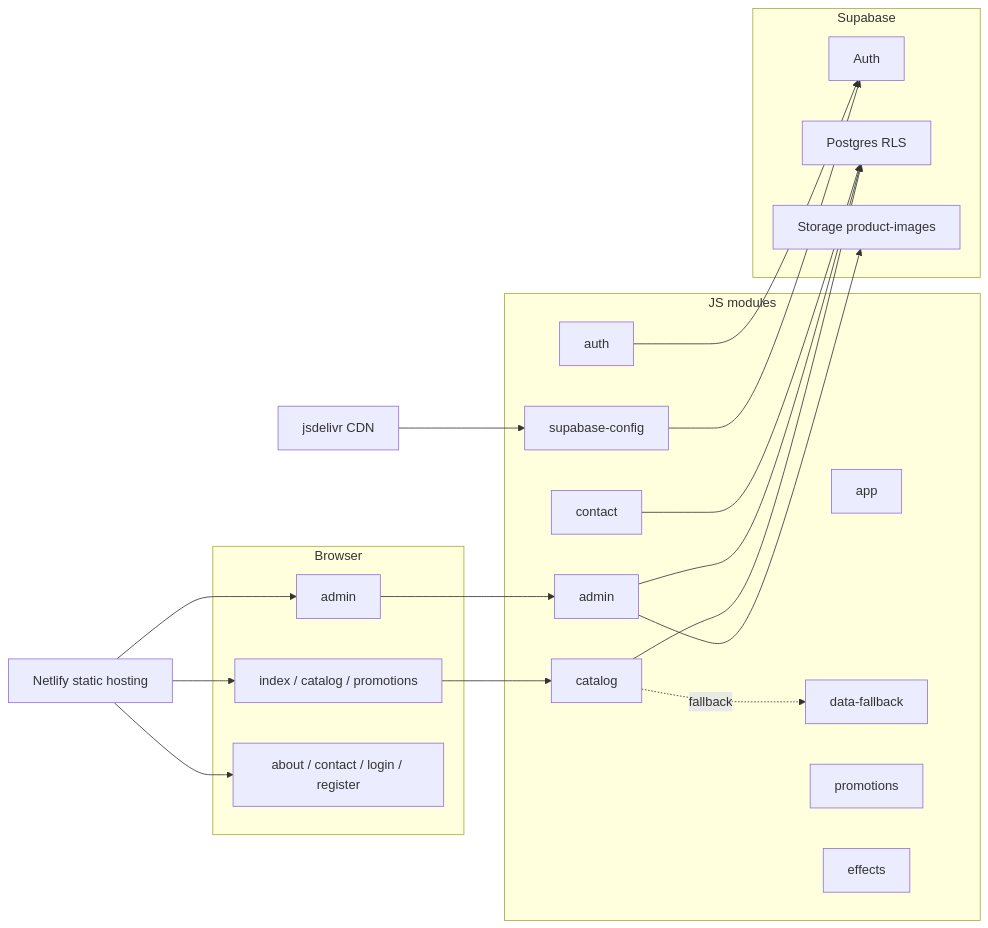
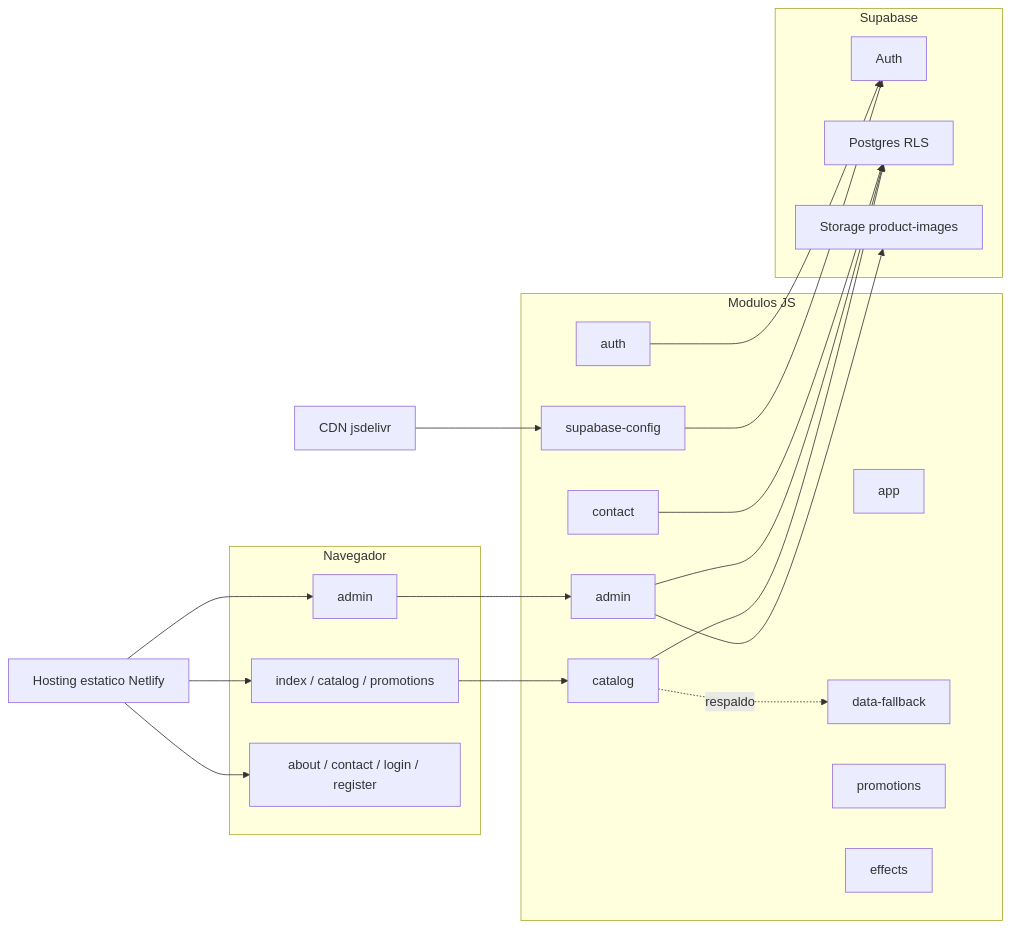
One commit to lacp130688-cpu/lasolutions-website changed the fourth of 7 diagrams in docs/diagrams.md. Above: the diagram before and after it, drawn with Mermaid. The commit also changed other lines of this file, not shown here.

First line of the commit message:
docs: diagramas de arquitectura en espanol

````diff
--- a/docs/diagrams.md
+++ b/docs/diagrams.md
@@ -116,43 +116,43 @@
 ```mermaid
 flowchart LR
-  subgraph Browser[Browser]
+  subgraph Navegador[Navegador]
     A[index / catalog / promotions]
     B[admin]
     C[about / contact / login / register]
   end
 
-  subgraph JS[JS modules]
+  subgraph JS[Modulos JS]
     D[supabase-config]
     E[app]
     F[auth]
     G[catalog]
     H[data-fallback]
     I[promotions]
     J[contact]
     K[admin]
     L[effects]
   end
 
   subgraph Supabase[Supabase]
     M[Auth]
     N[Postgres RLS]
     O[Storage product-images]
   end
 
-  P[Netlify static hosting]
-  Q[jsdelivr CDN]
+  P[Hosting estatico Netlify]
+  Q[CDN jsdelivr]
 
   P --> A
   P --> B
   P --> C
   Q --> D
   D --> M
   A --> G
   B --> K
   G --> N
   K --> N
   K --> O
   F --> M
   J --> N
-  G -. fallback .-> H
+  G -. respaldo .-> H
 ```
````
